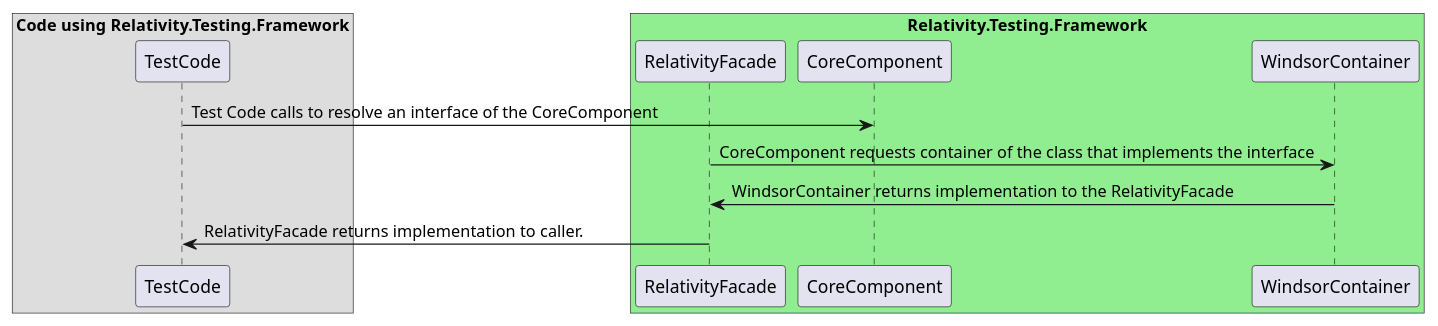
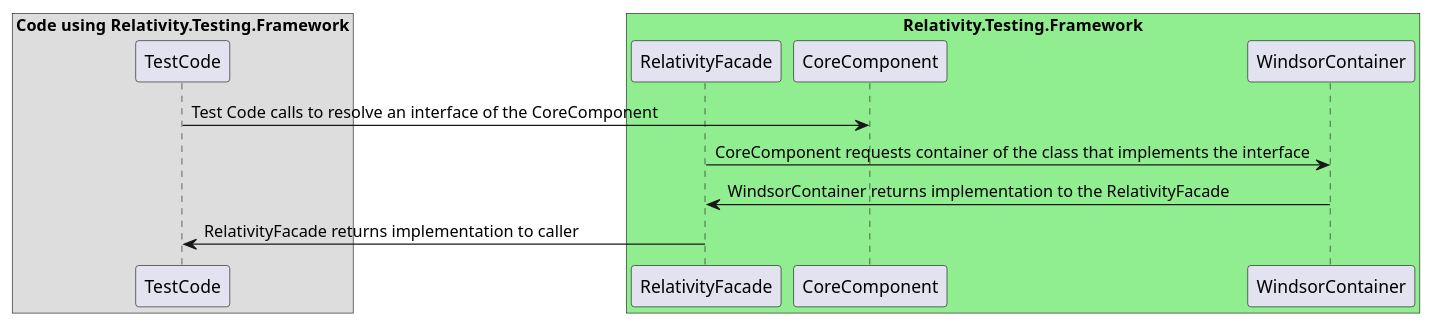
One commit to relativitydev/relativity.testing.framework changed the diagram in docs/dev/SequenceDiagrams/UMLFiles/RegisteredServices.iuml. Above: the diagram before and after it, drawn with PlantUML.

Commit message:
TESTENG-1465: Remove period for consistency

```diff
--- a/docs/dev/SequenceDiagrams/UMLFiles/RegisteredServices.iuml
+++ b/docs/dev/SequenceDiagrams/UMLFiles/RegisteredServices.iuml
@@ -1,18 +1,18 @@
 @startuml Relativity.Testing.Framework RegisteredServices Sequence Diagram
 
 box "Code using Relativity.Testing.Framework"
 participant "TestCode"
 end box
 
 box "Relativity.Testing.Framework" #LightGreen
 participant "RelativityFacade"
 participant "CoreComponent"
 participant "WindsorContainer"
 end box
 
 "TestCode" -> "CoreComponent" : Test Code calls to resolve an interface of the CoreComponent
 "RelativityFacade" -> "WindsorContainer" : CoreComponent requests container of the class that implements the interface
 "WindsorContainer" -> "RelativityFacade" : WindsorContainer returns implementation to the RelativityFacade
-"TestCode" <- "RelativityFacade" : RelativityFacade returns implementation to caller. 
+"TestCode" <- "RelativityFacade" : RelativityFacade returns implementation to caller
 
 @enduml
```
